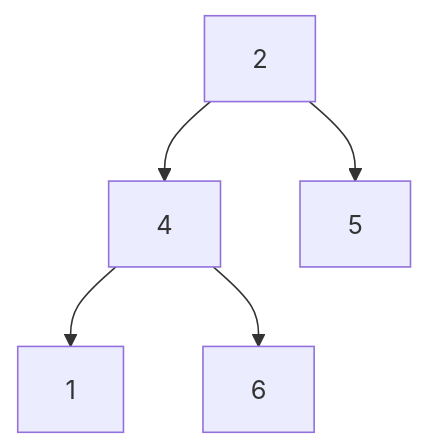
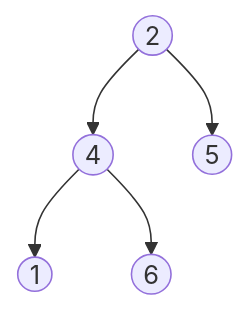
The ninth of 28 diagrams in cst/6binnode/Ex6a1binnode.md (3strategy/BeautifulMivney), drawn with Mermaid before and after one commit. The commit also changed other lines of this file and 3 other files, not shown here.

````diff
--- a/cst/6binnode/Ex6a1binnode.md
+++ b/cst/6binnode/Ex6a1binnode.md
@@ -170,7 +170,7 @@
     ```mermaid
     flowchart TB
-      A[2] --> B[4]
-      A --> C[5]:::leaf
-      B --> D[1]:::leaf
-      B --> E[6]:::leaf
+      A((2)) --> B((4))
+      A --> C((5)):::leaf
+      B --> D((1)):::leaf
+      B --> E((6)):::leaf
     ```
````
